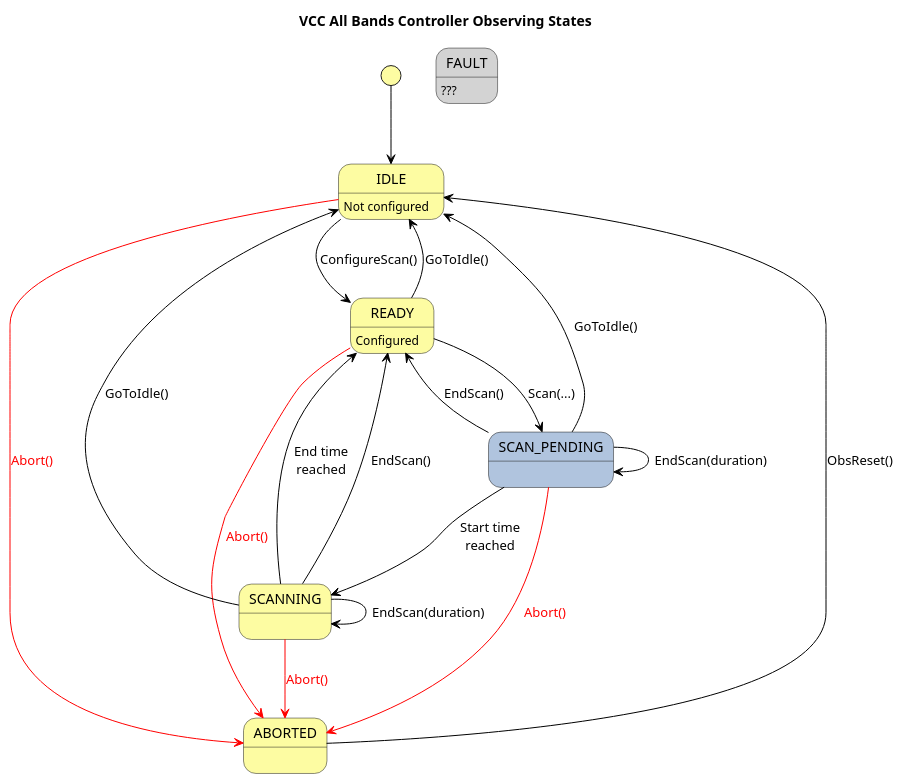
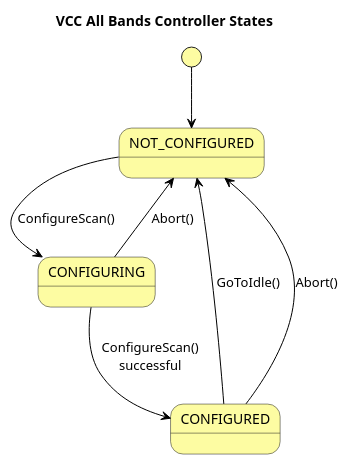
One commit to ska-telescope/ska-mid-cbf-fhs-vcc changed the diagram in docs/src/design/states.puml. Above: the diagram before and after it, drawn with PlantUML. The commit also changed 3 other files, not shown here.

Commit message:
CIP-5383: simplify the all bands controller state diagram as decided in the 25-Aug-2026 'FHS VCC Abort and ObsReset commands' meeting.

```diff
--- a/docs/src/design/states.puml
+++ b/docs/src/design/states.puml
@@ -1,67 +1,33 @@
 @startuml vcc-all-bands-controller-states
 
 ' !theme crt-green
 
 <style>
 stateDiagram {
   element {
     BackGroundColor: #fdfca2;
   }
 
   arrow {
     LineColor: #Black;
     FontColor: #Black;
   }
 }
 </style>
 
-title VCC All Bands Controller Observing States
+title VCC All Bands Controller States
 
-' Ref ska-mid-cbf-fhs-common/src/ska_mid_cbf_fhs_common/enums/fhs_state.py:
-' https://developer.skao.int/projects/ska-control-model/en/latest/obs_state.html
+state NOT_CONFIGURED
+state CONFIGURING
+state CONFIGURED
 
-' EMPTY: the subarray is unresourced
-' RESOURCING: the subarray is performing a resourcing operation
-' IDLE: the subarray is resourced but unconfigured
-' CONFIGURING: the subarray is performing a configuring operation
-' READY: the subarray is resourced and configured
-' SCANNING: the subarray is scanning
-' ABORTING: the subarray is aborting
-' ABORTED: the subarray has aborted
-' RESETTING: the subarray is resetting from an ABORTED or FAULT state back to IDLE
-' RESTARTING: the subarray is restarting from an ABORTED or FAULT state back to EMPTY
-' FAULT: the subarray has encountered a observation fault.
+[*]             -->         NOT_CONFIGURED
+NOT_CONFIGURED  -->         CONFIGURING : ConfigureScan()
 
-' IDLE, READY, SCANNING, ABORTED, FAULT
+CONFIGURING     -->         CONFIGURED : ConfigureScan()\nsuccessful
+CONFIGURING     -->         NOT_CONFIGURED : Abort()
 
-state IDLE: Not configured
-state READY: Configured
-state SCANNING: 
-state SCAN_PENDING #LightSteelBlue:
-state ABORTED:
-state FAULT #LightGray: ???
-
-[*]           -->         IDLE
-IDLE          -->         READY : ConfigureScan()
-IDLE          -[#red]->   ABORTED : <color:red>Abort()</color>
-
-READY         -->         SCAN_PENDING : Scan(...)
-READY         -->         IDLE : GoToIdle()
-READY         -[#red]->   ABORTED : <color:red>Abort()</color>
-
-SCAN_PENDING  -->         SCANNING : Start time\nreached
-SCAN_PENDING  -->         IDLE : GoToIdle()
-SCAN_PENDING  -->         READY : EndScan()
-SCAN_PENDING  -->         SCAN_PENDING : EndScan(duration)
-SCAN_PENDING  -[#red]->   ABORTED : <color:red>Abort()</color>
-
-SCANNING      -->         READY : End time\nreached
-SCANNING      -->         IDLE : GoToIdle()
-SCANNING      -->         READY : EndScan()
-SCANNING      -->         SCANNING : EndScan(duration)
-SCANNING      -[#red]->   ABORTED : <color:red>Abort()</color>
-
-ABORTED       -->         IDLE : ObsReset()
-
+CONFIGURED      -->         NOT_CONFIGURED : GoToIdle()
+CONFIGURED      -->         NOT_CONFIGURED : Abort()
 
 @enduml
```
